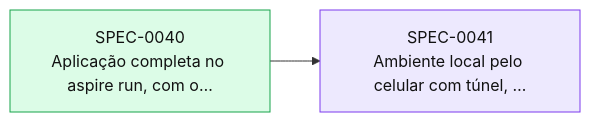
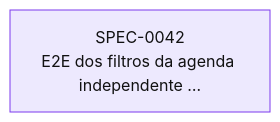
One commit to thomasravache/subsolo changed the diagram in docs/specs/INDEX.md. Above: the diagram before and after it, drawn with Mermaid. The commit also changed other lines of this file and 2 other files, not shown here.

First line of the commit message:
docs(sdd): close wave 25 (SPEC-0041)

````diff
--- a/docs/specs/INDEX.md
+++ b/docs/specs/INDEX.md
@@ -66,11 +66,9 @@
 ```mermaid
 flowchart LR
-  S0040["SPEC-0040<br/>Aplicação completa no aspire run, com o…"]:::implemented
-  S0041["SPEC-0041<br/>Ambiente local pelo celular com túnel, …"]:::inprogress
-  S0040 --> S0041
+  S0042["SPEC-0042<br/>E2E dos filtros da agenda independente …"]:::inprogress
   classDef proposed fill:#fef3c7,stroke:#d97706,color:#111
   classDef approved fill:#dbeafe,stroke:#2563eb,color:#111
   classDef inprogress fill:#ede9fe,stroke:#7c3aed,color:#111
   classDef implemented fill:#dcfce7,stroke:#16a34a,color:#111
   classDef deprecated fill:#f3f4f6,stroke:#9ca3af,color:#6b7280
 ```
````
